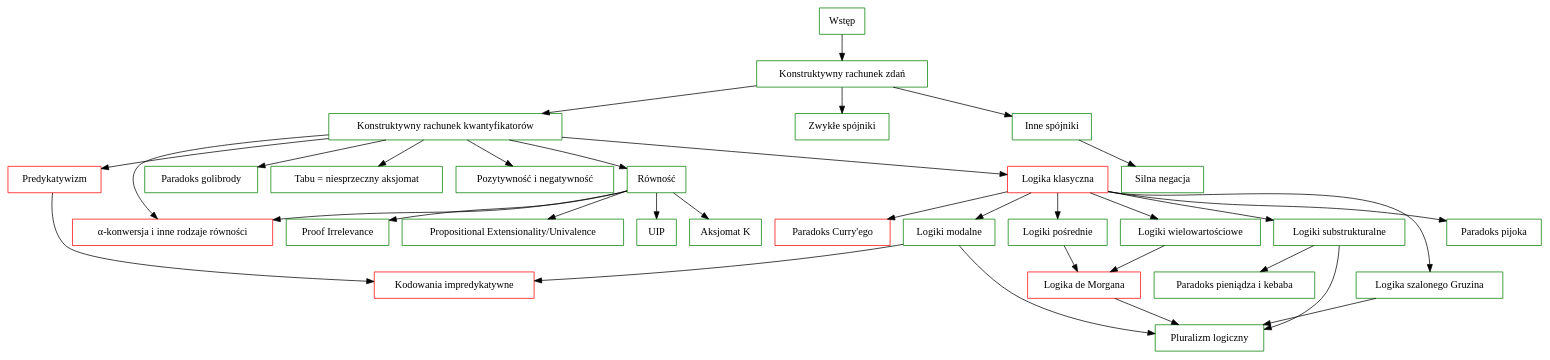
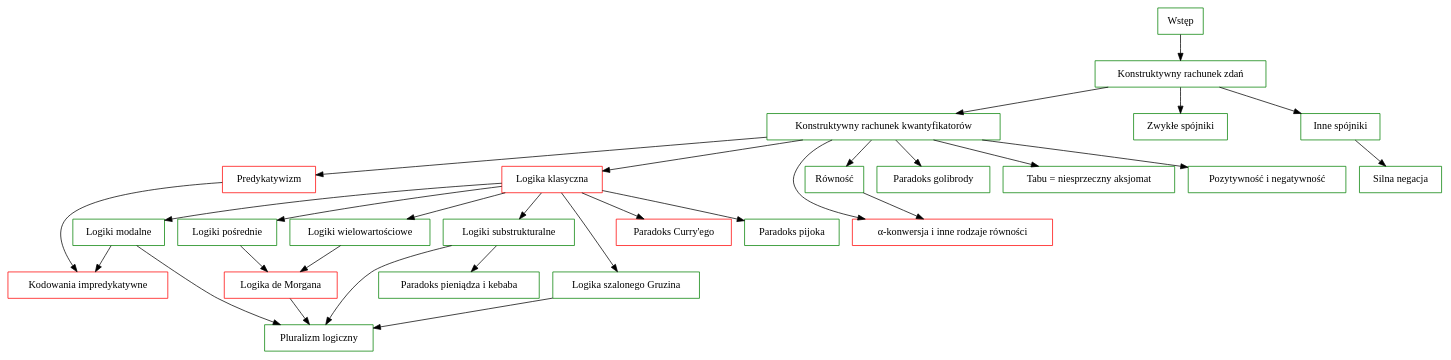
Before and after one commit to wkolowski/Typonomikon: the diagram in txt/plany/logika.dot, drawn with Graphviz. The commit also changed 35 other files, not shown here.

```diff
--- a/txt/plany/logika.dot
+++ b/txt/plany/logika.dot
@@ -1,53 +1,53 @@
 digraph
 {
   node          [shape=rectangle, color=green]
 
   A             [label = "Wstęp"]
 
   KRZ           [label = "Konstruktywny rachunek zdań"]
   KRK           [label = "Konstruktywny rachunek kwantyfikatorów"]
 
   LK            [label = "Logika klasyczna", color = red]
   LdM           [label = "Logika de Morgana", color = red]
 
   LModalne      [label = "Logiki modalne"]
   LPośrednie    [label = "Logiki pośrednie"]
   LSub          [label = "Logiki substrukturalne"]
   LMV           [label = "Logiki wielowartościowe"]
   CoL           [label = "Logika szalonego Gruzina"]
   
   Pred          [label = "Predykatywizm", color = red]
   Impred        [label = "Kodowania impredykatywne", color = red]
   α             [label = "α-konwersja i inne rodzaje równości", color = red]
   
-  Pijok         [label = "Paradoks pijoka"]
   Curry         [label = "Paradoks Curry'ego", color = red]
   Golibroda     [label = "Paradoks golibrody"]
   Kebab         [label = "Paradoks pieniądza i kebaba"]
+  Pijok         [label = "Paradoks pijoka"]
 
   Tabu          [label = "Tabu = niesprzeczny aksjomat"]
 
   Pluralizm     [label = "Pluralizm logiczny"]
 
   PosNeg        [label = "Pozytywność i negatywność"]
 
   A             -> KRZ
 
   KRZ           -> KRK, "Zwykłe spójniki", "Inne spójniki"
   "Inne spójniki" -> "Silna negacja"
   KRK           -> LK, Tabu, Golibroda, Pred, α, Równość, PosNeg
 
   LK            -> {LModalne, LPośrednie, LSub, LMV, CoL, Pijok, Curry}
   LPośrednie    -> LdM
   LMV           -> LdM
 
   LdM           -> Pluralizm
   LSub          -> Pluralizm, Kebab
   LModalne      -> Pluralizm, Impred
   CoL           -> Pluralizm
 
   Pred          -> Impred
 
-  Równość       -> UIP, "Aksjomat K", "Proof Irrelevance", "Propositional Extensionality/Univalence", α
+  Równość       -> α
 
 }
```
